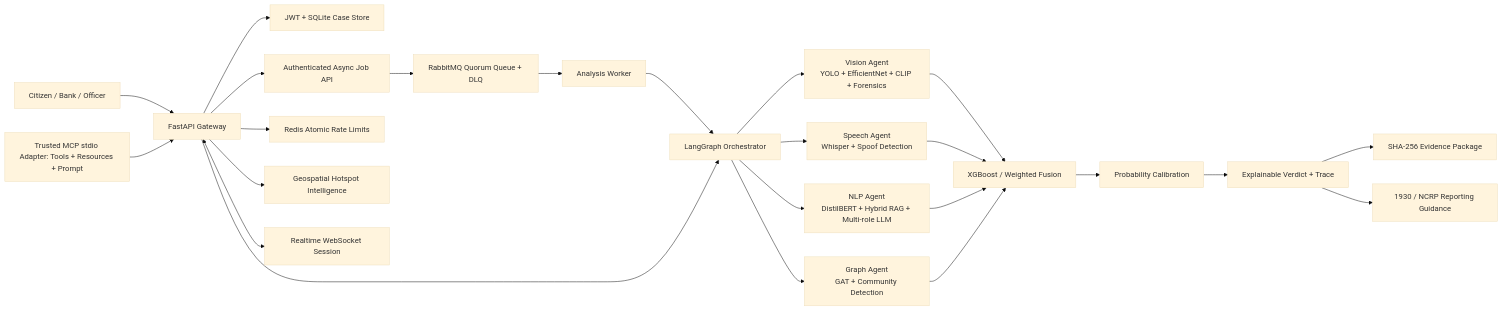
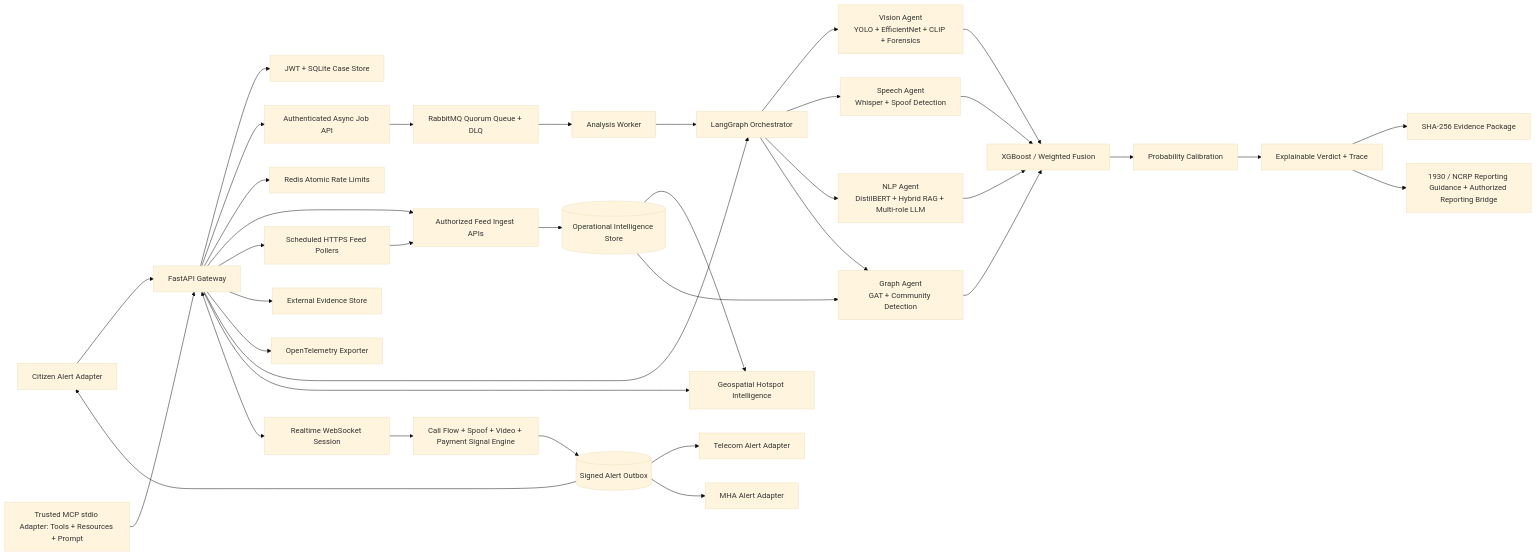
The diagram in docs/ARCHITECTURE.md (umeshgupta05/ET-AI-Hackathon), drawn with Mermaid (base theme) before and after one commit. The commit also changed other lines of this file and 42 other files, not shown here.

````diff
--- a/docs/ARCHITECTURE.md
+++ b/docs/ARCHITECTURE.md
@@ -3,26 +3,39 @@
 ```mermaid
 flowchart LR
     Citizen[Citizen / Bank / Officer] --> API[FastAPI Gateway]
     API --> Auth[JWT + SQLite Case Store]
     API --> Jobs[Authenticated Async Job API]
     Jobs --> RMQ[RabbitMQ Quorum Queue + DLQ]
     RMQ --> Worker[Analysis Worker]
     Worker --> LG
     API --> Redis[Redis Atomic Rate Limits]
+    API --> Ingest[Authorized Feed Ingest APIs]
+    API --> Poll[Scheduled HTTPS Feed Pollers]
+    Poll --> Ingest
+    Ingest --> Ops[(Operational Intelligence Store)]
+    Ops --> Geo
+    Ops --> G
+    API --> Obj[External Evidence Store]
+    API --> OTel[OpenTelemetry Exporter]
     MCP[Trusted MCP stdio Adapter: Tools + Resources + Prompt] --> API
     API --> LG[LangGraph Orchestrator]
     LG --> V[Vision Agent\nYOLO + EfficientNet + CLIP + Forensics]
     LG --> S[Speech Agent\nWhisper + Spoof Detection]
     LG --> N[NLP Agent\nDistilBERT + Hybrid RAG + Multi-role LLM]
     LG --> G[Graph Agent\nGAT + Community Detection]
     V --> F[XGBoost / Weighted Fusion]
     S --> F
     N --> F
     G --> F
     F --> C[Probability Calibration]
     C --> D[Explainable Verdict + Trace]
     D --> E[SHA-256 Evidence Package]
-    D --> R[1930 / NCRP Reporting Guidance]
+    D --> R[1930 / NCRP Reporting Guidance + Authorized Reporting Bridge]
     API --> Geo[Geospatial Hotspot Intelligence]
     API <--> WS[Realtime WebSocket Session]
+    WS --> RT[Call Flow + Spoof + Video + Payment Signal Engine]
+    RT --> AO[(Signed Alert Outbox)]
+    AO --> Citizen[Citizen Alert Adapter]
+    AO --> Telecom[Telecom Alert Adapter]
+    AO --> MHA[MHA Alert Adapter]
 ```
````
